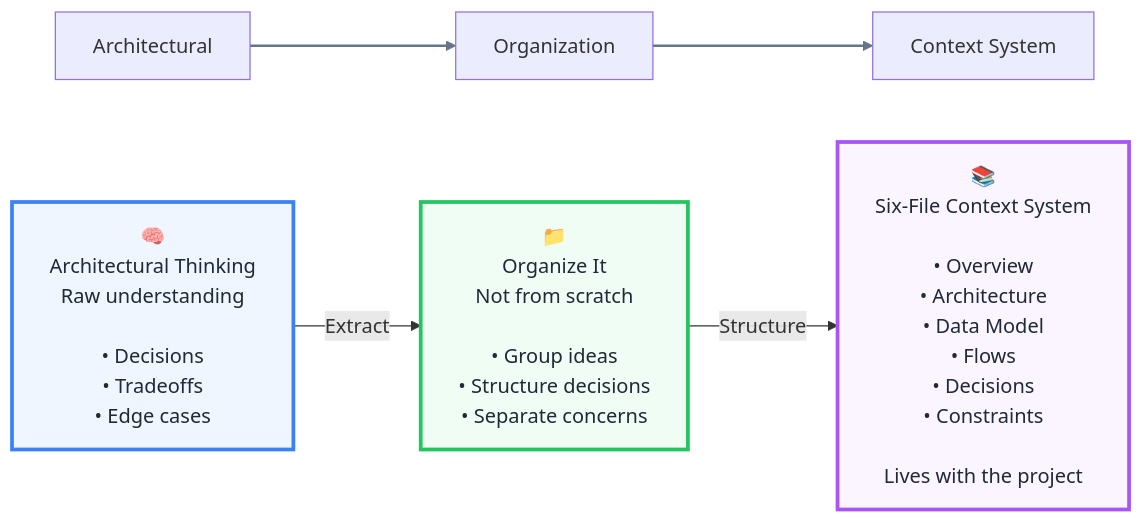
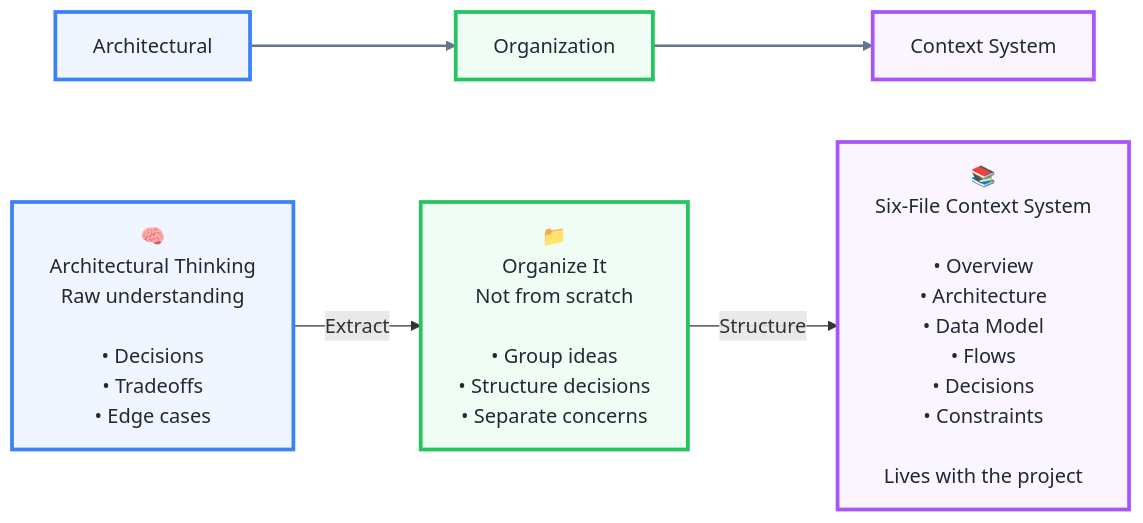
The diagram in AI/2026-vibecoding-todo.md (honggzb/Study-General), drawn with Mermaid before and after one commit.

Commit message:
Add styles for architectural and organizational elements

````diff
--- a/AI/2026-vibecoding-todo.md
+++ b/AI/2026-vibecoding-todo.md
@@ -2,19 +2,22 @@
 ```mermaid
 flowchart LR
     Architectural --> Organization --> Context[Context System]
     A["🧠<br/> Architectural Thinking<br/>Raw understanding<br/><br/>• Decisions<br/>• Tradeoffs<br/>• Edge cases"]
     B["📁<br/> Organize It<br/>Not from scratch<br/><br/>• Group ideas<br/>• Structure decisions<br/>• Separate concerns"]
     C["📚<br/> Six-File Context System<br/><br/>• Overview<br/>• Architecture<br/>• Data Model<br/>• Flows<br/>• Decisions<br/>• Constraints<br/><br/>Lives with the project"]
 
     A -->|Extract| B
     B -->|Structure| C
 
     %% Light Theme Colors
+    style Architectural fill:#EFF6FF,stroke:#3B82F6,stroke-width:3px,color:#1F2937
+    style Organization fill:#F0FDF4,stroke:#22C55E,stroke-width:3px,color:#1F2937
+    style Context fill:#FAF5FF,stroke:#A855F7,stroke-width:3px,color:#1F2937
     style A fill:#EFF6FF,stroke:#3B82F6,stroke-width:3px,color:#1F2937
     style B fill:#F0FDF4,stroke:#22C55E,stroke-width:3px,color:#1F2937
     style C fill:#FAF5FF,stroke:#A855F7,stroke-width:3px,color:#1F2937
 
     %% Arrow Styling
     linkStyle 0 stroke:#64748B,stroke-width:2px,color:#475569
     linkStyle 1 stroke:#64748B,stroke-width:2px,color:#475569
 ```
````
